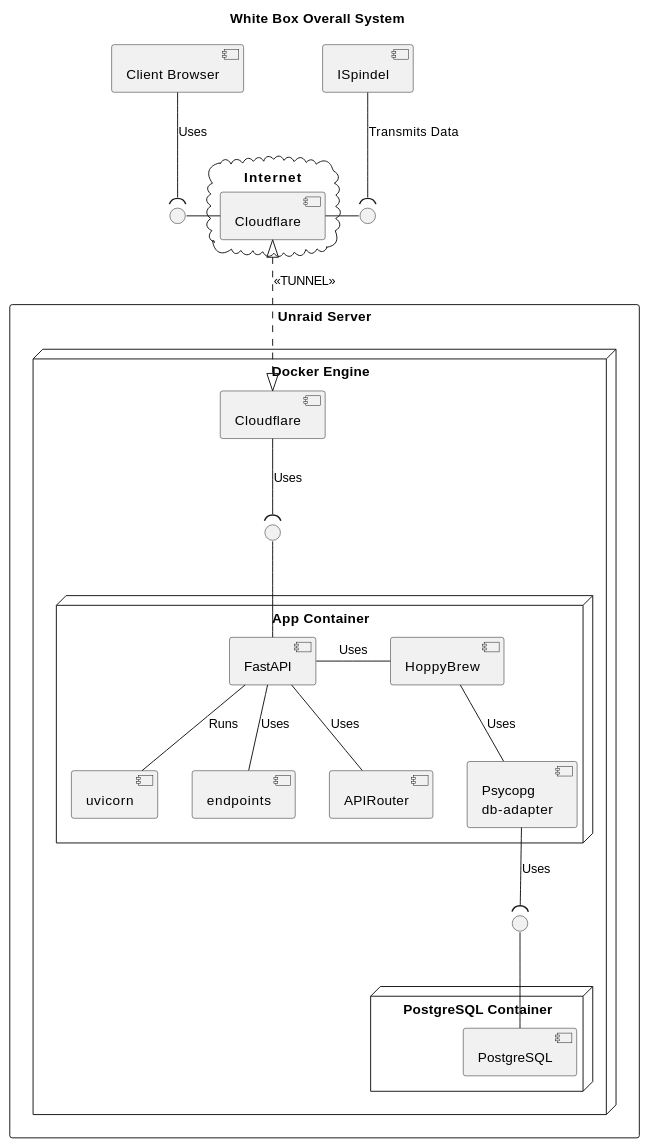
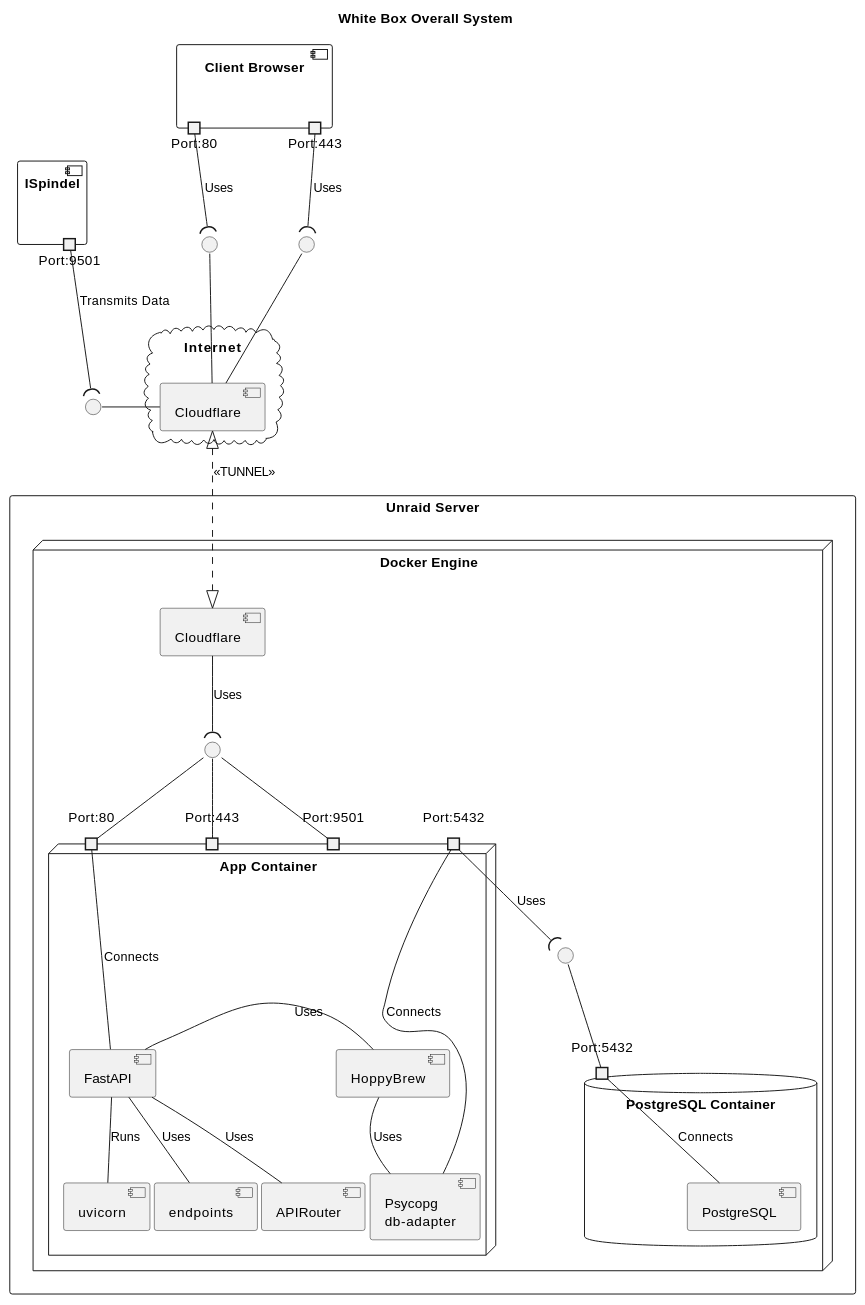
The fourth of 5 diagrams in documents/01-Conception-Phase/00-HoppyBrew.md (asbor/iu-project-software-engineering), drawn with PlantUML before and after one commit. The commit also changed other lines of this file and 11 other files, not shown here.

```diff
--- a/documents/01-Conception-Phase/00-HoppyBrew.md
+++ b/documents/01-Conception-Phase/00-HoppyBrew.md
@@ -415,19 +415,28 @@
 
 interface " " as I01
 interface " " as I02
+interface " " as I03
 
-component "Client Browser" as ClientBrowser
-component "ISpindel" as ISpindel
+component "Client Browser" as ClientBrowser{
+    portout "Port:80" as ClientPort80
+    portout "Port:443" as ClientPort443
+}
+component "ISpindel" as ISpindel{
+    portout "Port:9501" as ISpindel_port
+}
 
 cloud "Internet" {
     component "Cloudflare" as cloudflare
 }
 
-ClientBrowser --( I01 : Uses
-I01 - cloudflare 
+ClientPort80 -down-( I01 : Uses
+I01 -down- cloudflare 
 
-ISpindel --( I02 : Transmits Data
-I02 - cloudflare 
+ClientPort443 -down-( I02 : Uses
+I02 -down- cloudflare
+
+ISpindel_port --( I03 : Transmits Data
+I03 - cloudflare 
 
 
 
@@ -446,25 +455,38 @@
             component "endpoints" as endpoints
             component "APIRouter" as APIRouter
 
+            portin "Port:80" as port80
+            portin "Port:443" as port443
+            portin "Port:9501" as port9501
+            port "Port:5432" as db_port
+            
+
             api - HoppyBrew : Uses
             HoppyBrew -- db_adapter : Uses
             api -- uvicorn  : Runs
             api -- endpoints  : Uses
             api -- APIRouter  : Uses
-        }
 
-        interface " " as I03
-        CloudflareTunnel --( I03 : Uses
-        I03 -- api
-
-
-        node "PostgreSQL Container" {
-            component "PostgreSQL" as db
+            
+            port80 -down- api : Connects
+            db_adapter -- db_port : Connects
         }
 
         interface " " as I04
-        db_adapter --( I04 : Uses
-        I04 -- db
+        CloudflareTunnel --( I04 : Uses
+        I04 -- port80
+        I04 -- port443
+        I04 -- port9501
+
+        database "PostgreSQL Container" {
+            component "PostgreSQL" as PostgreSQL
+            port "Port:5432" as PostgreSQL_port
+            PostgreSQL -up- PostgreSQL_port : Connects
+        }
+
+        interface " " as I05
+        db_port --( I05 : Uses
+        I05 -- PostgreSQL_port
     }
 }
 @enduml
```
